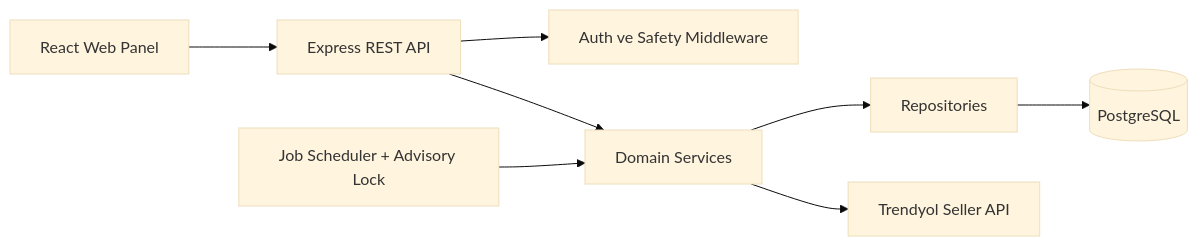
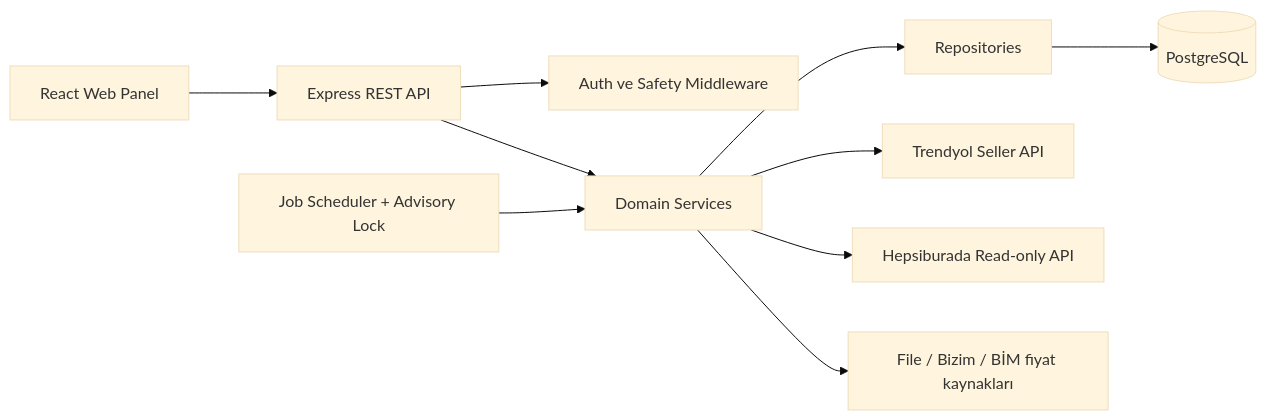
One commit to aslamacigross/aslamaci-repricer changed the first of 3 diagrams in ARCHITECTURE.md. Above: the diagram before and after it, drawn with Mermaid (base theme). The commit also changed other lines of this file and 47 other files, not shown here.

````diff
--- a/ARCHITECTURE.md
+++ b/ARCHITECTURE.md
@@ -5,10 +5,12 @@
 ```mermaid
 flowchart LR
   UI[React Web Panel] --> API[Express REST API]
   API --> AUTH[Auth ve Safety Middleware]
   API --> SERVICES[Domain Services]
   SERVICES --> REPOS[Repositories]
   REPOS --> DB[(PostgreSQL)]
   SERVICES --> TY[Trendyol Seller API]
+  SERVICES --> HB[Hepsiburada Read-only API]
+  SERVICES --> SUPPLIERS[File / Bizim / BİM fiyat kaynakları]
   JOBS[Job Scheduler + Advisory Lock] --> SERVICES
 ```
````
